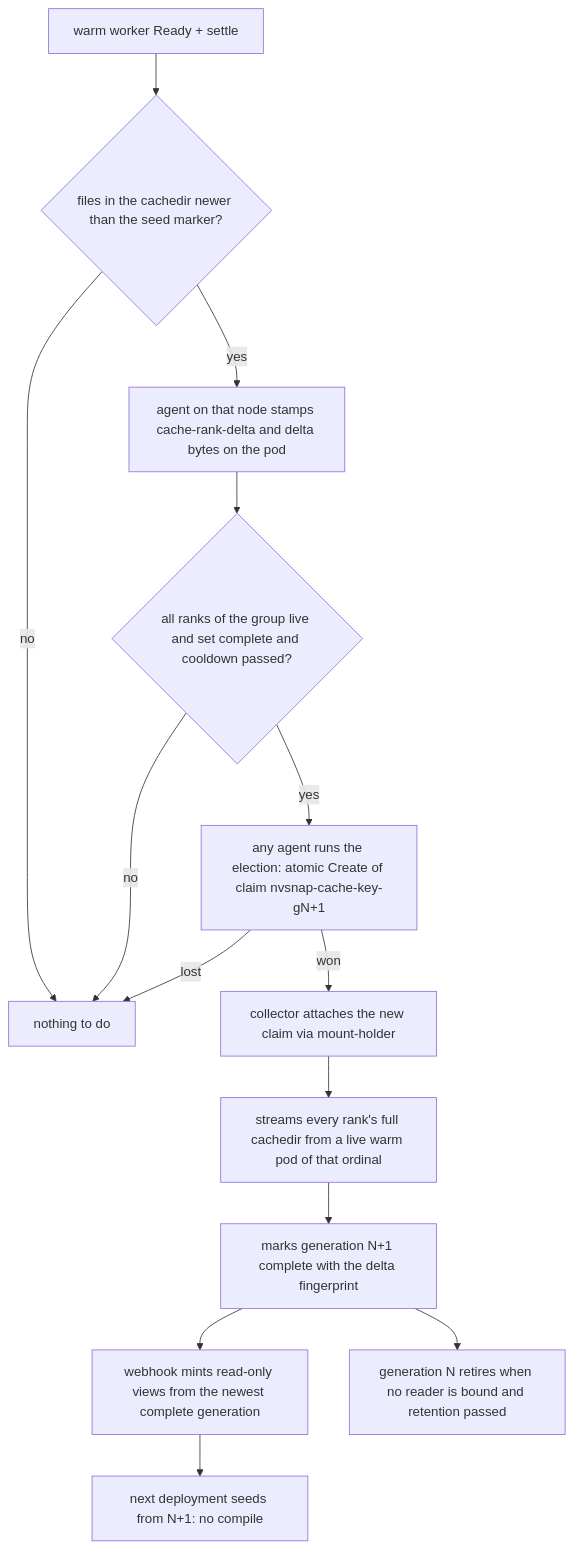
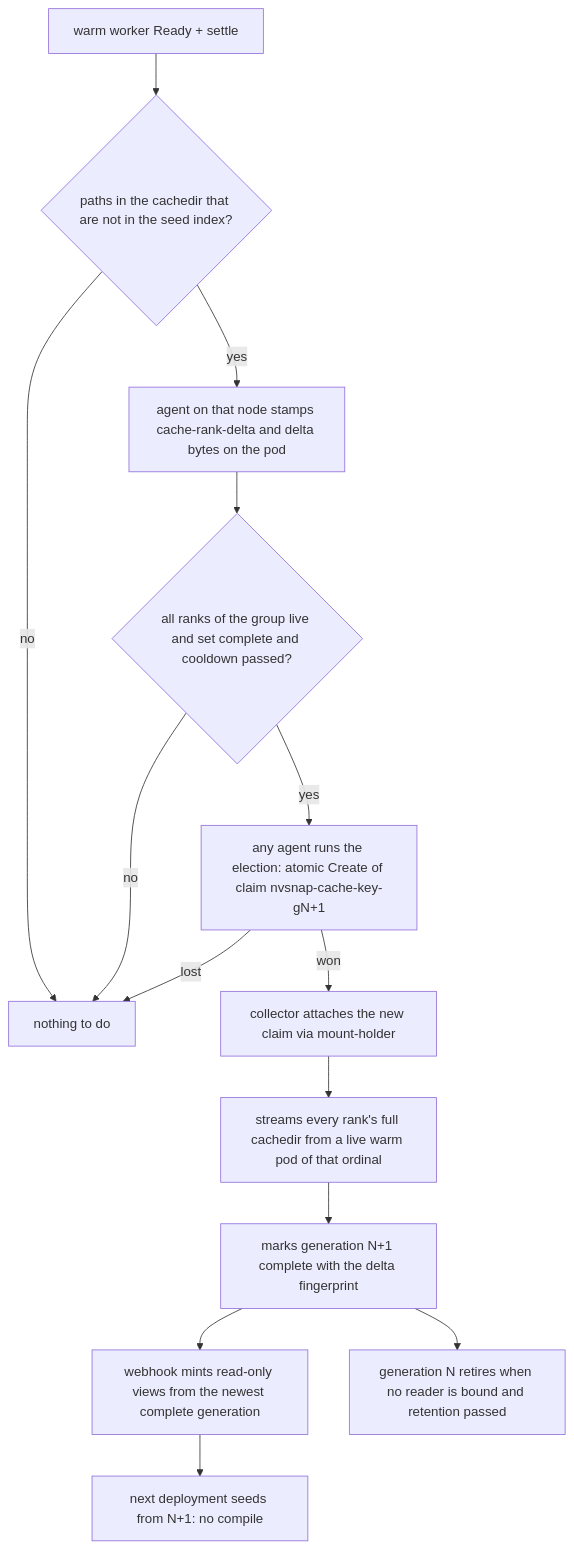
The diagram in src/compute-plane-services/nvsnap/docs/proposals/helm-chart-cache-refresh.md (NVIDIA/nvcf), drawn with Mermaid before and after one commit. The commit also changed other lines of this file, not shown here.

Commit message:
docs(nvsnap): refresh delta is by path against a seed index

````diff
--- a/src/compute-plane-services/nvsnap/docs/proposals/helm-chart-cache-refresh.md
+++ b/src/compute-plane-services/nvsnap/docs/proposals/helm-chart-cache-refresh.md
@@ -20,16 +20,16 @@
 ```mermaid
 flowchart TD
-    A[warm worker Ready + settle] --> B{files in the cachedir newer than the seed marker?}
+    A[warm worker Ready + settle] --> B{paths in the cachedir that are not in the seed index?}
     B -- no --> Z[nothing to do]
     B -- yes --> C[agent on that node stamps cache-rank-delta and delta bytes on the pod]
     C --> D{all ranks of the group live and set complete and cooldown passed?}
     D -- no --> Z
     D -- yes --> E[any agent runs the election: atomic Create of claim nvsnap-cache-key-gN+1]
     E -- lost --> Z
     E -- won --> F[collector attaches the new claim via mount-holder]
     F --> G[streams every rank's full cachedir from a live warm pod of that ordinal]
     G --> H[marks generation N+1 complete with the delta fingerprint]
     H --> I[webhook mints read-only views from the newest complete generation]
     I --> J[next deployment seeds from N+1: no compile]
     H --> K[generation N retires when no reader is bound and retention passed]
 ```
````
